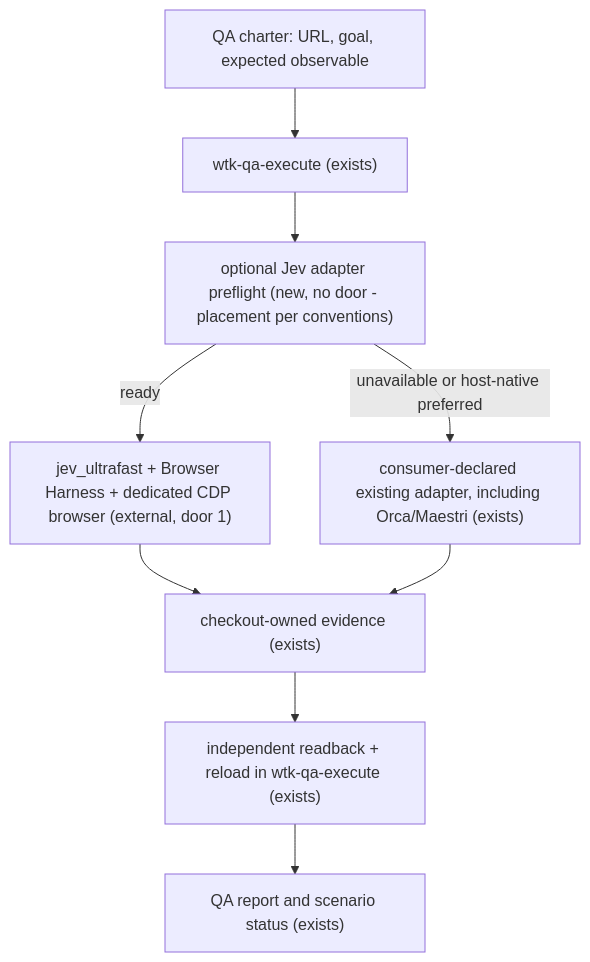
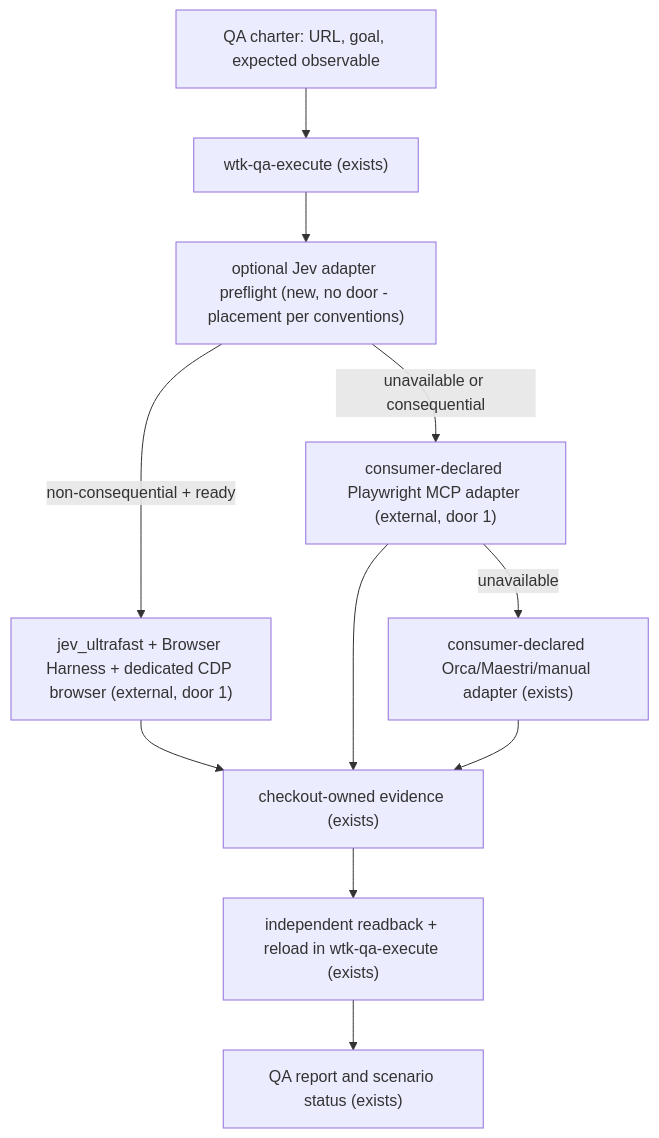
The diagram in .specs/features/optional-jev-qa-adapter/plan.md (antoniofulg/workflow-toolkit), drawn with Mermaid before and after one commit. The commit also changed other lines of this file and 9 other files, not shown here.

Commit message:
fix(qa): harden Jev adapter preflight and evidence

````diff
--- a/.specs/features/optional-jev-qa-adapter/plan.md
+++ b/.specs/features/optional-jev-qa-adapter/plan.md
@@ -105,11 +108,13 @@
 ```mermaid
 flowchart TD
     IN[QA charter: URL, goal, expected observable] --> QA["wtk-qa-execute (exists)"]
     QA --> PRE["optional Jev adapter preflight (new, no door - placement per conventions)"]
-    PRE -->|ready| JEV["jev_ultrafast + Browser Harness + dedicated CDP browser (external, door 1)"]
-    PRE -->|unavailable or host-native preferred| FALLBACK["consumer-declared existing adapter, including Orca/Maestri (exists)"]
+    PRE -->|non-consequential + ready| JEV["jev_ultrafast + Browser Harness + dedicated CDP browser (external, door 1)"]
+    PRE -->|unavailable or consequential| PLAYWRIGHT["consumer-declared Playwright MCP adapter (external, door 1)"]
+    PLAYWRIGHT -->|unavailable| FALLBACK["consumer-declared Orca/Maestri/manual adapter (exists)"]
     JEV --> EVIDENCE["checkout-owned evidence (exists)"]
+    PLAYWRIGHT --> EVIDENCE
     FALLBACK --> EVIDENCE
     EVIDENCE --> ORACLE["independent readback + reload in wtk-qa-execute (exists)"]
     ORACLE --> OUT["QA report and scenario status (exists)"]
 ```
````
